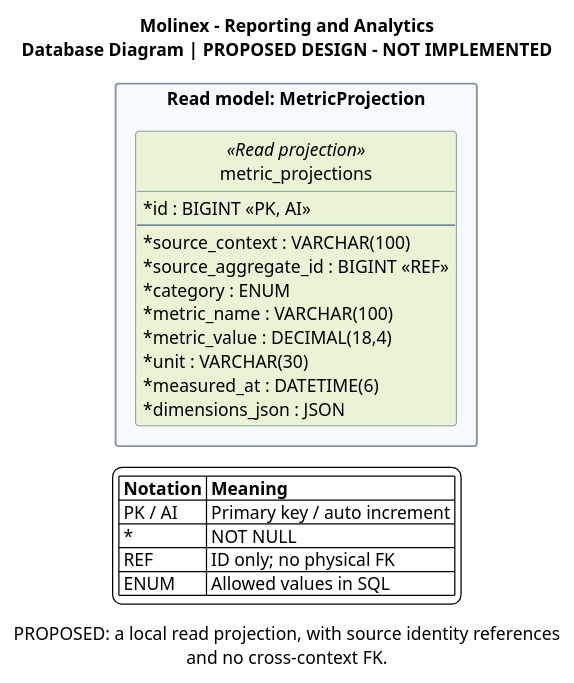
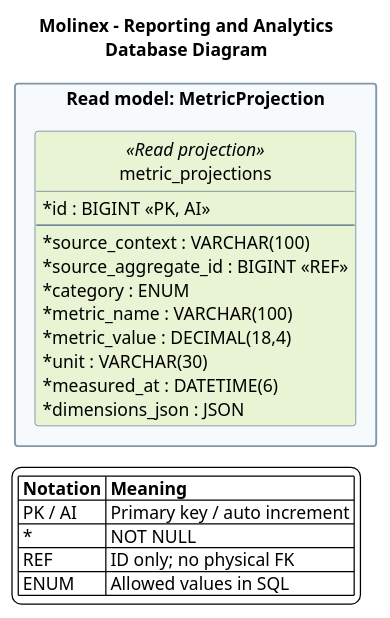
Before and after one commit to Vanguard-open-source/molinex-report: the diagram in assets/Images Chapter 4/Database Design/Database Diagrams/reporting-analytics-database.puml, drawn with PlantUML. The commit also changed 14 other files, not shown here.

Commit message:
docs(database): simplify diagram descriptions and titles

```diff
--- a/assets/Images Chapter 4/Database Design/Database Diagrams/reporting-analytics-database.puml
+++ b/assets/Images Chapter 4/Database Design/Database Diagrams/reporting-analytics-database.puml
@@ -1,42 +1,38 @@
 @startuml
 left to right direction
 hide circle
 hide methods
 skinparam backgroundColor #FFFFFF
 skinparam shadowing false
 skinparam defaultFontName Arial
 skinparam defaultFontSize 14
 skinparam classAttributeIconSize 0
 skinparam packageStyle rectangle
 skinparam ArrowColor #486581
 skinparam nodesep 50
 skinparam ranksep 75
 skinparam classBorderColor #486581
 skinparam packageBorderColor #8296A8
-title Molinex - Reporting and Analytics\nDatabase Diagram | PROPOSED DESIGN - NOT IMPLEMENTED
-caption
-PROPOSED: a local read projection, with source identity references
-and no cross-context FK.
-endcaption
+title Molinex - Reporting and Analytics\nDatabase Diagram
 package "Read model: MetricProjection" as aggregate_0 #F7FAFC {
 entity "metric_projections" as metric_projections <<Read projection>> #E8F4D4 {
   * id : BIGINT <<PK, AI>>
   --
   * source_context : VARCHAR(100)
   * source_aggregate_id : BIGINT <<REF>>
   * category : ENUM
   * metric_name : VARCHAR(100)
   * metric_value : DECIMAL(18,4)
   * unit : VARCHAR(30)
   * measured_at : DATETIME(6)
   * dimensions_json : JSON
 }
 }
 legend bottom
 |= Notation |= Meaning |
 | PK / AI | Primary key / auto increment |
 | * | NOT NULL |
 | REF | ID only; no physical FK |
 | ENUM | Allowed values in SQL |
 endlegend
 @enduml
```
